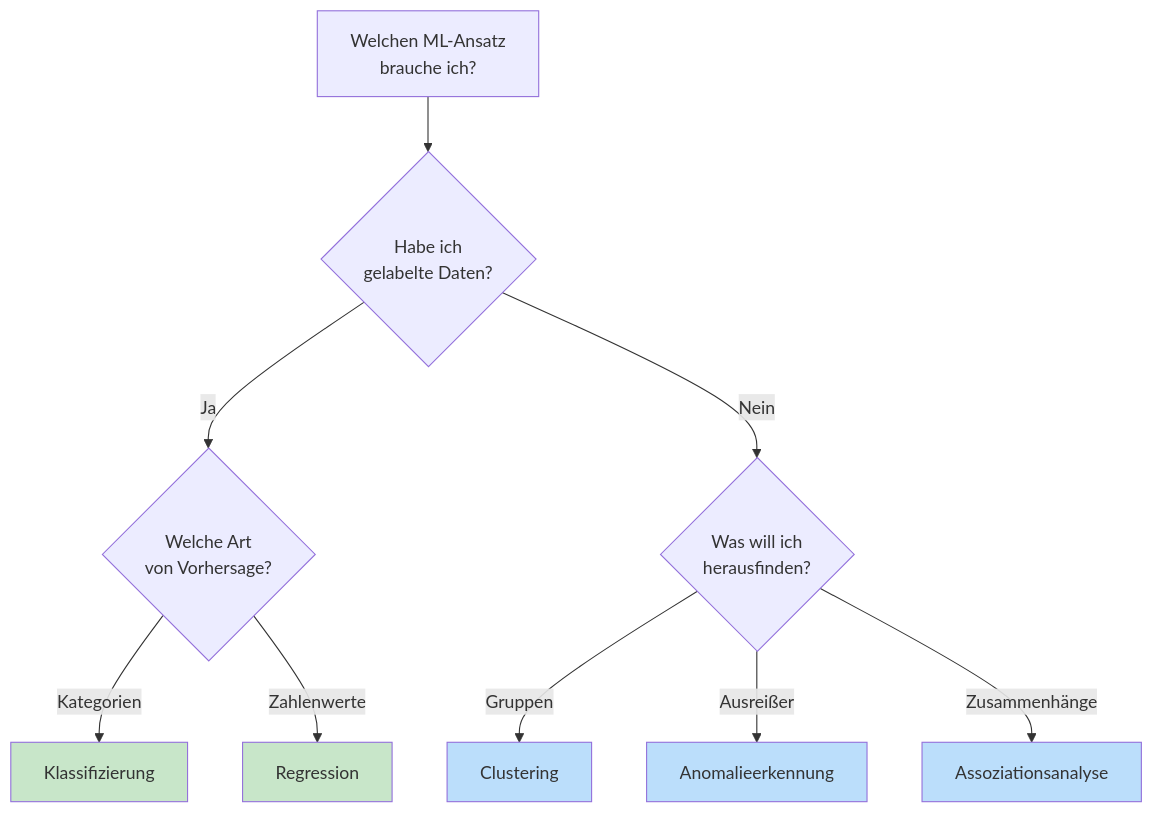
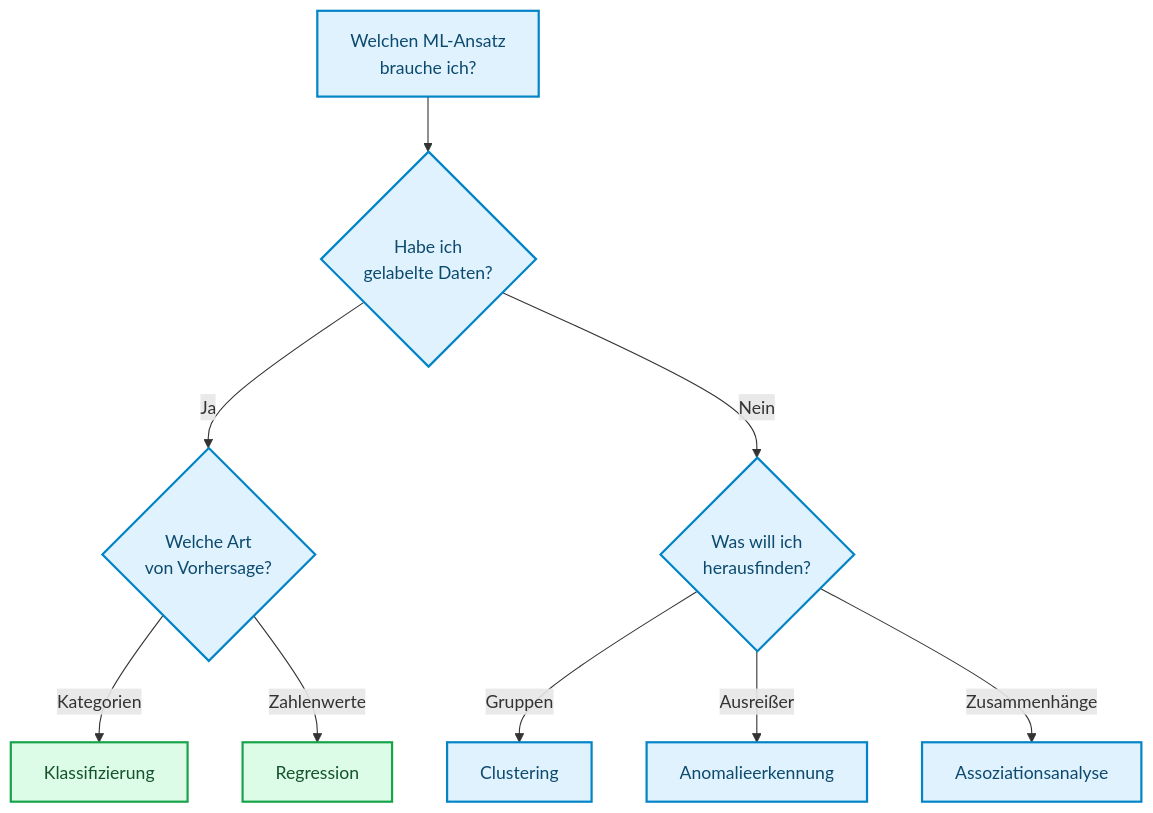
Diagram 14 of 14 in docs/concepts/grundlagen/machine_learning_grundlagen.md (ralf-42/ML_Intro), drawn with Mermaid before and after one commit. The commit also changed other lines of this file and 67 other files, not shown here.

````diff
--- a/docs/concepts/grundlagen/machine_learning_grundlagen.md
+++ b/docs/concepts/grundlagen/machine_learning_grundlagen.md
@@ -523,23 +534,21 @@
 ```mermaid
 flowchart TB
     START["Welchen ML-Ansatz<br/>brauche ich?"]
     
     Q1{"Habe ich<br/>gelabelte Daten?"}
     START --> Q1
     
     Q1 --> |"Ja"| Q2{"Welche Art<br/>von Vorhersage?"}
     Q1 --> |"Nein"| Q3{"Was will ich<br/>herausfinden?"}
     
     Q2 --> |"Kategorien"| A1["Klassifizierung"]
     Q2 --> |"Zahlenwerte"| A2["Regression"]
     
     Q3 --> |"Gruppen"| A3["Clustering"]
     Q3 --> |"Ausreißer"| A4["Anomalieerkennung"]
     Q3 --> |"Zusammenhänge"| A5["Assoziationsanalyse"]
-    
-    style A1 fill:#c8e6c9
-    style A2 fill:#c8e6c9
-    style A3 fill:#bbdefb
-    style A4 fill:#bbdefb
-    style A5 fill:#bbdefb
+
+    classDef default fill:#e0f2fe,stroke:#0284c7,stroke-width:2px,color:#0c4a6e;
+    classDef output fill:#dcfce7,stroke:#16a34a,stroke-width:2px,color:#14532d;
+    class A1,A2 output;
 ```
````
